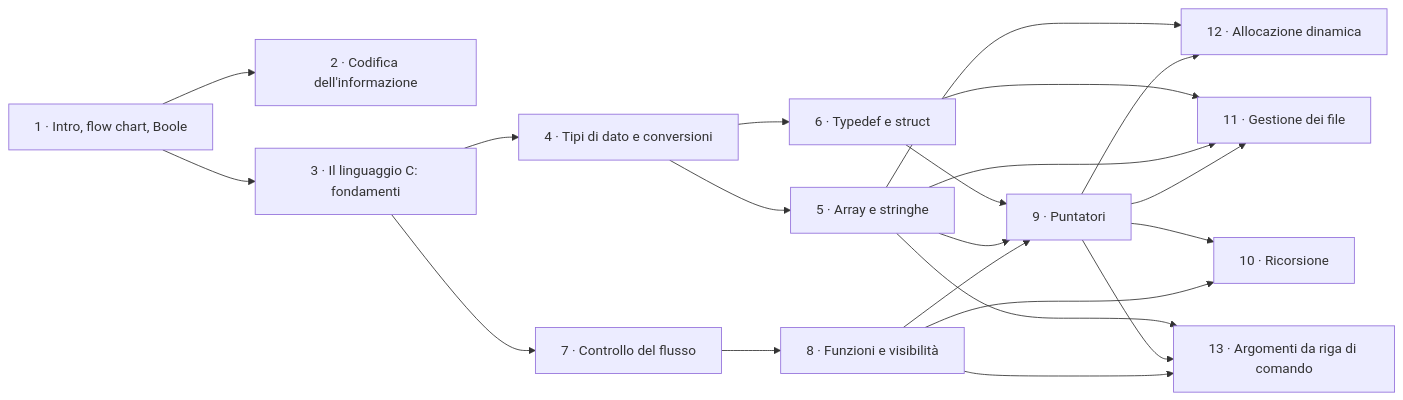
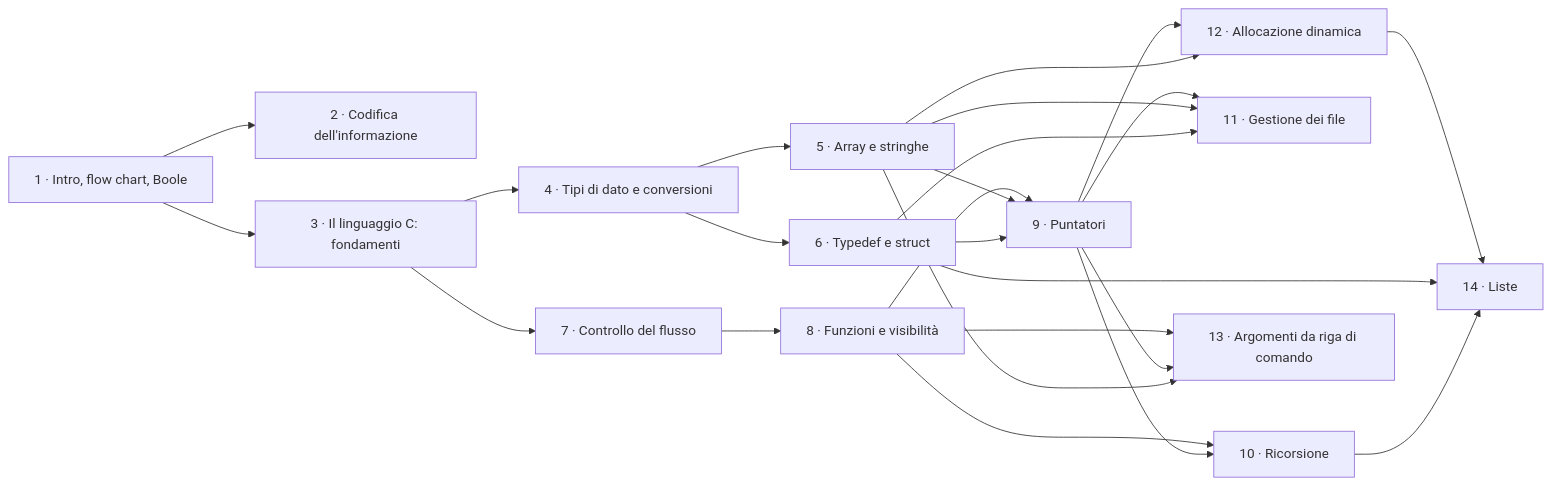
The diagram in 2026-2027/30_Fondamenti_Informatica/00_MOC_FdI.md (rikytomasoni-pixel/Studio), drawn with Mermaid before and after one commit. The commit also changed other lines of this file and 9 other files, not shown here.

````diff
--- a/2026-2027/30_Fondamenti_Informatica/00_MOC_FdI.md
+++ b/2026-2027/30_Fondamenti_Informatica/00_MOC_FdI.md
@@ -55,28 +55,31 @@
 ```mermaid
 flowchart LR
     C1["1 · Intro, flow chart, Boole"] --> C2["2 · Codifica dell'informazione"]
     C1 --> C3["3 · Il linguaggio C: fondamenti"]
     C3 --> C4["4 · Tipi di dato e conversioni"]
     C4 --> C5["5 · Array e stringhe"]
     C4 --> C6["6 · Typedef e struct"]
     C3 --> C7["7 · Controllo del flusso"]
     C7 --> C8["8 · Funzioni e visibilità"]
     C8 --> C9["9 · Puntatori"]
     C5 --> C9
     C6 --> C9
     C8 --> C10["10 · Ricorsione"]
     C9 --> C10
     C9 --> C11["11 · Gestione dei file"]
     C5 --> C11
     C6 --> C11
     C9 --> C12["12 · Allocazione dinamica"]
     C5 --> C12
     C8 --> C13["13 · Argomenti da riga di comando"]
     C9 --> C13
     C5 --> C13
+    C12 --> C14["14 · Liste"]
+    C6 --> C14
+    C10 --> C14
 
     classDef fatto fill:#c8e6c9,stroke:#2e7d32,color:#000
     classDef corso fill:#fff3cd,stroke:#b8860b,color:#000
     %% class C1,C2 fatto
     %% class C3 corso
 ```
````
